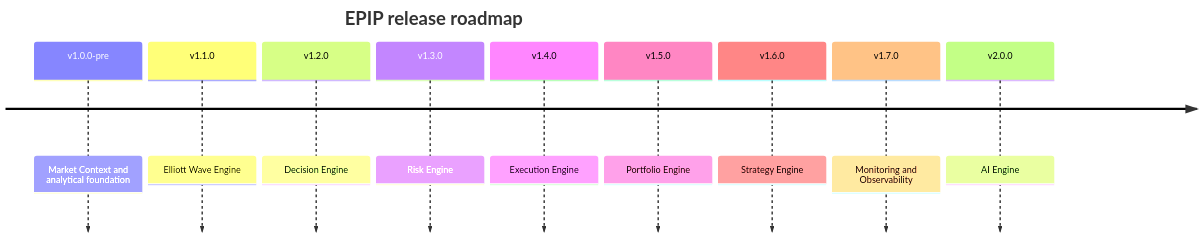
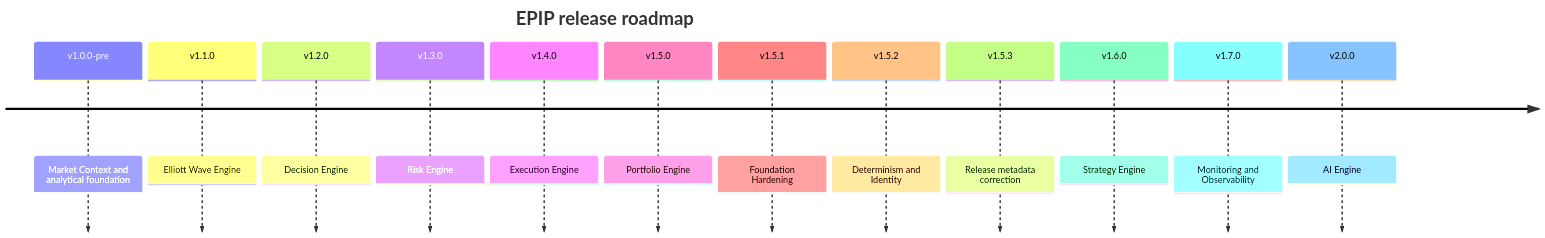
One commit to AymenBarka/EPIP changed the diagram in docs/project/ROADMAP.md. Above: the diagram before and after it, drawn with Mermaid. The commit also changed other lines of this file and 5 other files, not shown here.

Commit message:
fix(release): correct v1.5.3 validation metadata

````diff
--- a/docs/project/ROADMAP.md
+++ b/docs/project/ROADMAP.md
@@ -3,13 +3,16 @@
 ```mermaid
 timeline
     title EPIP release roadmap
     v1.0.0-pre : Market Context and analytical foundation
     v1.1.0 : Elliott Wave Engine
     v1.2.0 : Decision Engine
     v1.3.0 : Risk Engine
     v1.4.0 : Execution Engine
     v1.5.0 : Portfolio Engine
+    v1.5.1 : Foundation Hardening
+    v1.5.2 : Determinism and Identity
+    v1.5.3 : Release metadata correction
     v1.6.0 : Strategy Engine
     v1.7.0 : Monitoring and Observability
     v2.0.0 : AI Engine
 ```
````
